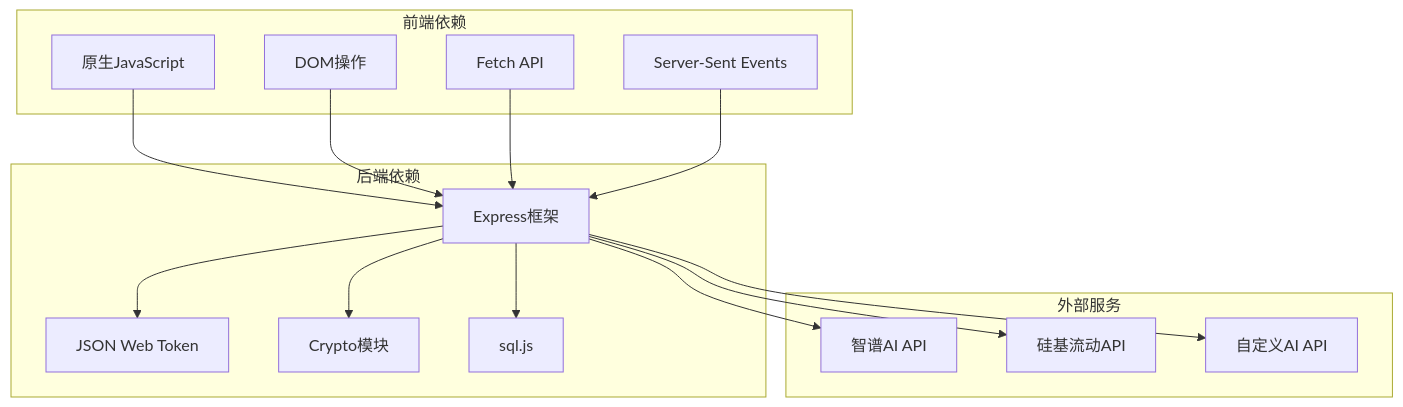
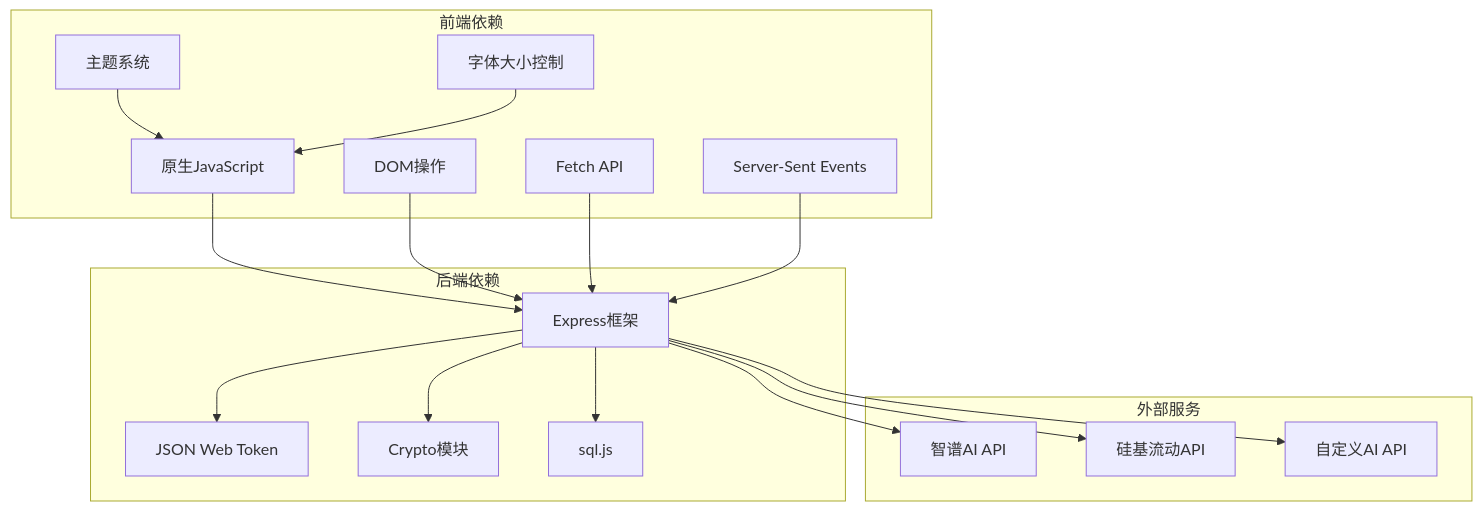
Before and after one commit to 1431529361/aread: the ninth of 10 diagrams in .qoder/repowiki/zh/content/用户指南/AI 功能.md, drawn with Mermaid. The commit also changed other lines of this file and 32 other files, not shown here.

````diff
--- a/.qoder/repowiki/zh/content/用户指南/AI 功能.md
+++ b/.qoder/repowiki/zh/content/用户指南/AI 功能.md
@@ -305,30 +435,34 @@
 ```mermaid
 graph TB
 subgraph "前端依赖"
 React[原生JavaScript]
 DOM[DOM操作]
 Fetch[Fetch API]
 SSE[Server-Sent Events]
+Theme[主题系统]
+FontSize[字体大小控制]
 end
 subgraph "后端依赖"
 Express[Express框架]
 JWT[JSON Web Token]
 Crypto[Crypto模块]
 SQLite[sql.js]
 end
 subgraph "外部服务"
 Zhipu[智谱AI API]
 SiliconFlow[硅基流动API]
 Custom[自定义AI API]
 end
 React --> Express
 DOM --> Express
 Fetch --> Express
 SSE --> Express
+Theme --> React
+FontSize --> React
 Express --> JWT
 Express --> Crypto
 Express --> SQLite
 Express --> Zhipu
 Express --> SiliconFlow
 Express --> Custom
 ```
````
